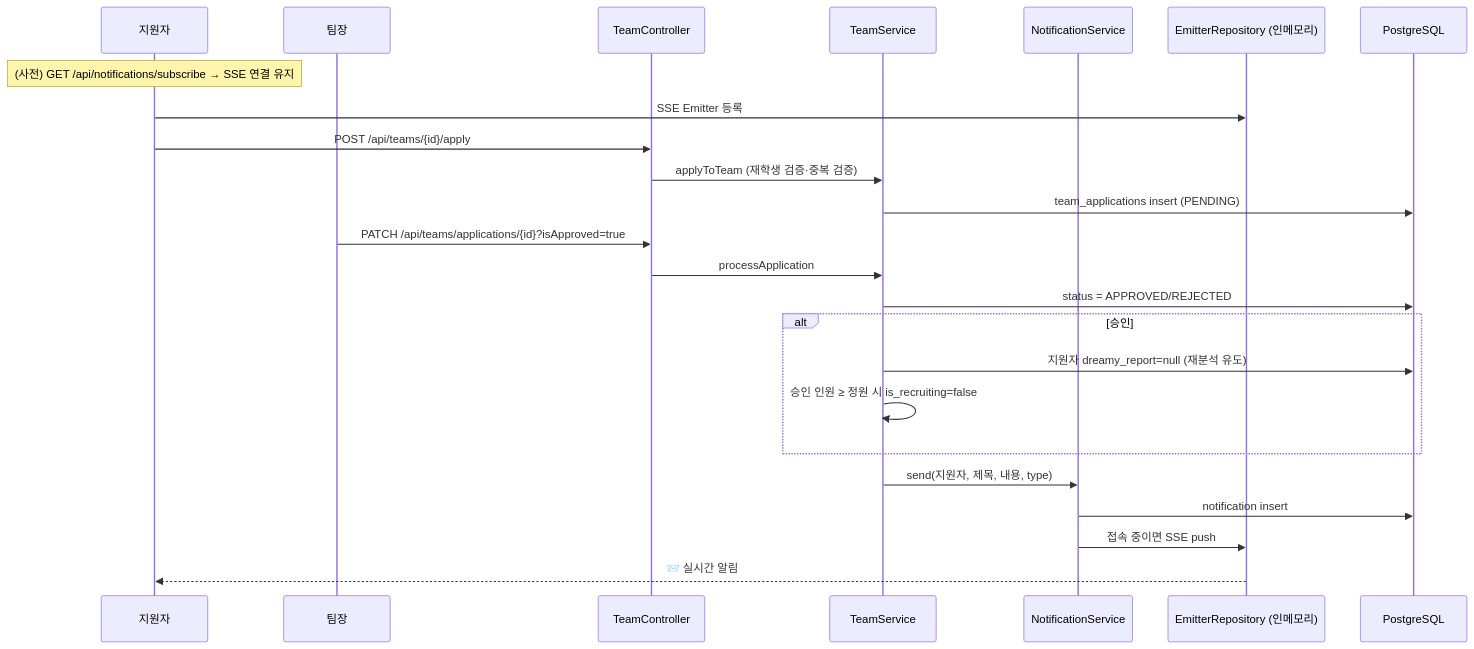
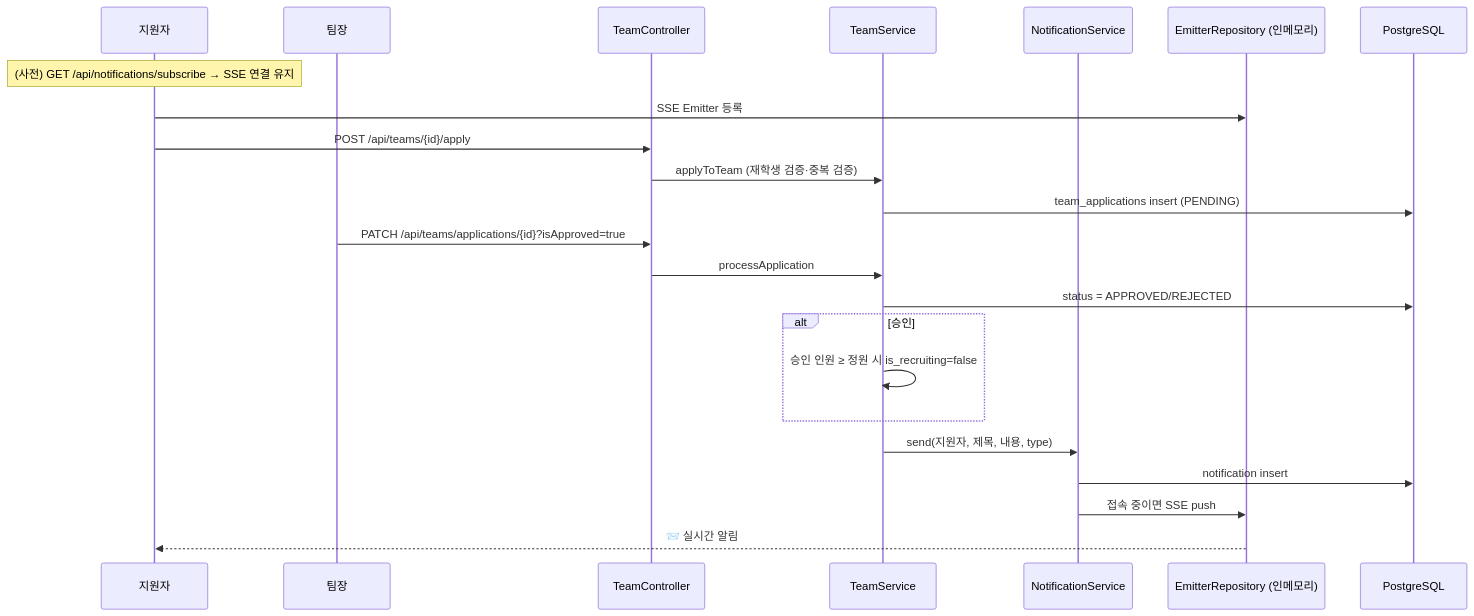
One commit to eagleindesert/mateon-backend changed the sixth of 8 diagrams in docs/architecture.md. Above: the diagram before and after it, drawn with Mermaid. The commit also changed other lines of this file and 13 other files, not shown here.

````diff
--- a/docs/architecture.md
+++ b/docs/architecture.md
@@ -219,29 +216,28 @@
 ```mermaid
 sequenceDiagram
     participant AP as 지원자
     participant LD as 팀장
     participant TC as TeamController
     participant TS as TeamService
     participant NS as NotificationService
     participant EM as EmitterRepository (인메모리)
     participant DB as PostgreSQL
 
     Note over AP: (사전) GET /api/notifications/subscribe → SSE 연결 유지
     AP->>EM: SSE Emitter 등록
 
     AP->>TC: POST /api/teams/{id}/apply
     TC->>TS: applyToTeam (재학생 검증·중복 검증)
     TS->>DB: team_applications insert (PENDING)
 
     LD->>TC: PATCH /api/teams/applications/{id}?isApproved=true
     TC->>TS: processApplication
     TS->>DB: status = APPROVED/REJECTED
     alt 승인
-        TS->>DB: 지원자 dreamy_report=null (재분석 유도)
         TS->>TS: 승인 인원 ≥ 정원 시 is_recruiting=false
     end
     TS->>NS: send(지원자, 제목, 내용, type)
     NS->>DB: notification insert
     NS->>EM: 접속 중이면 SSE push
     EM-->>AP: 📨 실시간 알림
 ```
````
